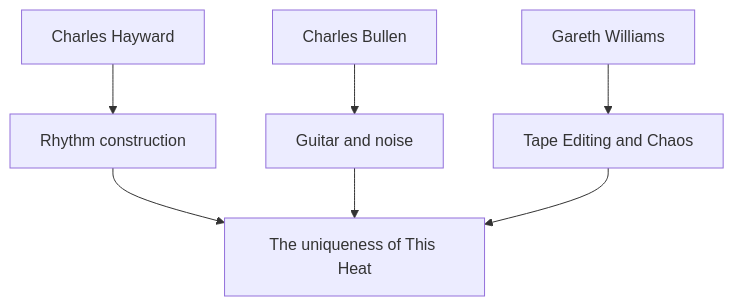
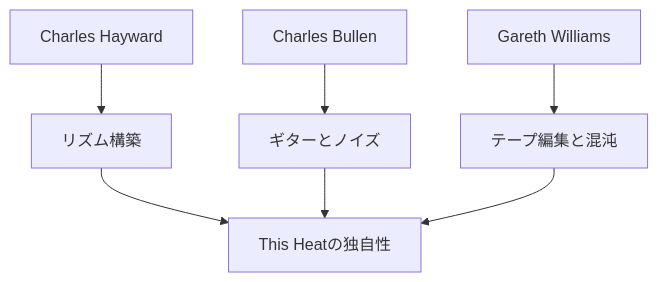
The second of 10 diagrams in en/_posts/2026-05-16-column-this-heat.md (monumental-movement/monumental-movement.github.io), drawn with Mermaid before and after one commit. The commit also changed other lines of this file and 2196 other files, not shown here.

```diff
--- a/en/_posts/2026-05-16-column-this-heat.md
+++ b/en/_posts/2026-05-16-column-this-heat.md
@@ -96,9 +96,9 @@
 <div class="mermaid">
 flowchart TD
-A["Charles Hayward"] --> D["Rhythm construction"]
-B["Charles Bullen"] --> E["Guitar and noise"]
-C["Gareth Williams"] --> F["Tape Editing and Chaos"]
-D --> G["The uniqueness of This Heat"]
+A["Charles Hayward"] --> D["リズム構築"]
+B["Charles Bullen"] --> E["ギターとノイズ"]
+C["Gareth Williams"] --> F["テープ編集と混沌"]
+D --> G["This Heatの独自性"]
 E --> G
 F --> G
 </div>
```
